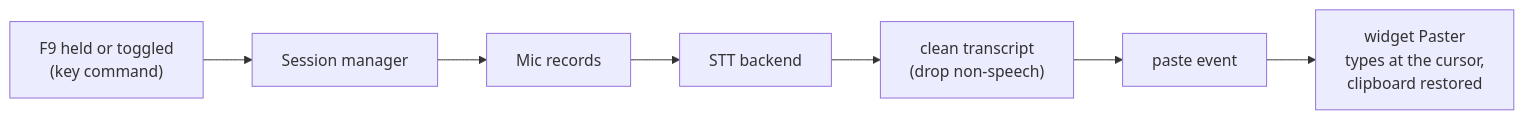
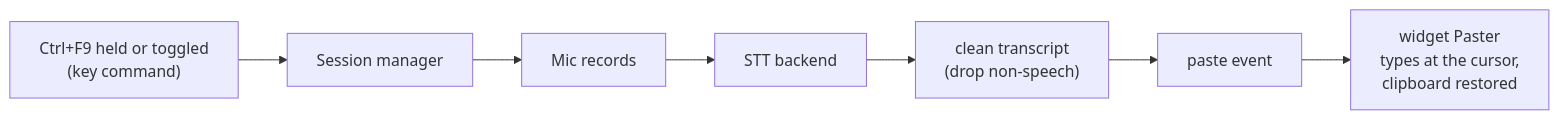
The eighth of 16 diagrams in DESIGN.md (siddh30/prometheus-voice-control), drawn with Mermaid before and after one commit. The commit also changed other lines of this file and 21 other files, not shown here.

Commit message:
Hotkeys are Control+key (Ctrl+F9, Ctrl+F10, Ctrl+F12); Citrix mode button types dictation key by key instead of pasting

````diff
--- a/DESIGN.md
+++ b/DESIGN.md
@@ -322,9 +324,9 @@
 ```mermaid
 flowchart LR
-    K["F9 held or toggled<br/>(key command)"] --> SM["Session manager"]
+    K["Ctrl+F9 held or toggled<br/>(key command)"] --> SM["Session manager"]
     SM --> REC["Mic records"]
     REC --> STT["STT backend"]
     STT --> CLEAN["clean transcript<br/>(drop non-speech)"]
     CLEAN --> PASTE["paste event"]
     PASTE --> APP["widget Paster<br/>types at the cursor,<br/>clipboard restored"]
 ```
````
